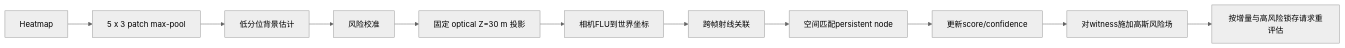
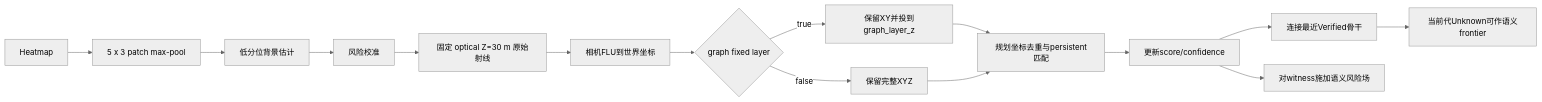
The ninth of 10 diagrams in scalenav_ws/docs/ALGORITHM_DESIGN.md (puffyq/scaleNav), drawn with Mermaid (neutral theme) before and after one commit. The commit also changed other lines of this file and 8 other files, not shown here.

````diff
--- a/scalenav_ws/docs/ALGORITHM_DESIGN.md
+++ b/scalenav_ws/docs/ALGORITHM_DESIGN.md
@@ -322,13 +324,17 @@
 ```mermaid
 flowchart LR
     Heatmap[Heatmap] --> Pool[5 x 3 patch max-pool]
     Pool --> Base[低分位背景估计]
     Base --> Cal[风险校准]
-    Cal --> Proj[固定 optical Z=30 m 投影]
-    Proj --> World[相机FLU到世界坐标]
-    World --> Track[跨帧射线关联]
-    Track --> Merge[空间匹配persistent node]
+    Cal --> Raw[固定 optical Z=30 m 原始射线]
+    Raw --> World[相机FLU到世界坐标]
+    World --> Layer{graph fixed layer}
+    Layer -->|true| Planar[保留XY并投到graph_layer_z]
+    Layer -->|false| Spatial[保留完整XYZ]
+    Planar --> Merge[规划坐标去重与persistent匹配]
+    Spatial --> Merge
     Merge --> EMA[更新score/confidence]
-    EMA --> Field[对witness施加高斯风险场]
-    Field --> Replan[按增量与高风险锁存请求重评估]
+    EMA --> Link[连接最近Verified骨干]
+    Link --> Frontier[当前代Unknown可作语义frontier]
+    EMA --> Field[对witness施加语义风险场]
 ```
````
